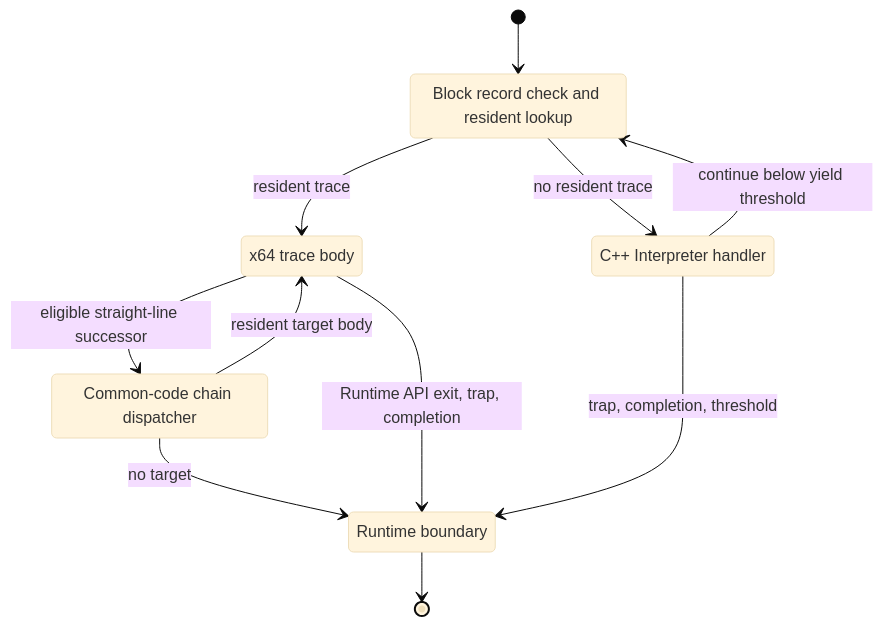
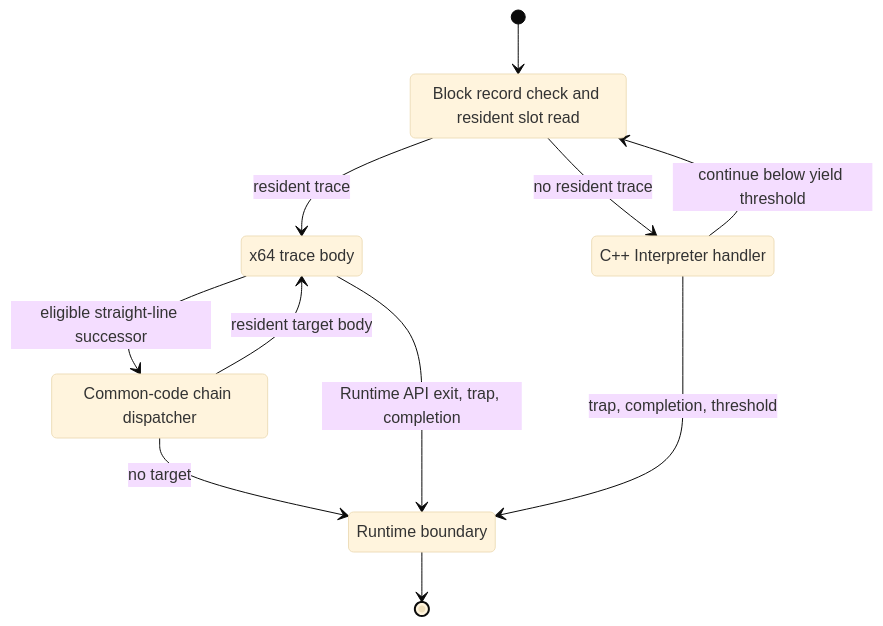
Before and after one commit to kmt-t/fireball: the third of 4 diagrams in docs/components/tier3_plugins/jit_compiler.md, drawn with Mermaid (base theme). The commit also changed other lines of this file and 9 other files, not shown here.

First line of the commit message:
docs(jit): describe the trace header read by the slot table, not a lookup

````diff
--- a/docs/components/tier3_plugins/jit_compiler.md
+++ b/docs/components/tier3_plugins/jit_compiler.md
@@ -298,19 +298,19 @@
 ```mermaid
 stateDiagram-v2
-    state "Block record check and resident lookup" as Lookup
+    state "Block record check and resident slot read" as Lookup
     state "x64 trace body" as Trace
     state "C++ Interpreter handler" as Handler
     state "Common-code chain dispatcher" as Chain
     state "Runtime boundary" as Boundary
 
     [*] --> Lookup
     Lookup --> Trace: resident trace
     Lookup --> Handler: no resident trace
     Trace --> Chain: eligible straight-line successor
     Chain --> Trace: resident target body
     Chain --> Boundary: no target
     Trace --> Boundary: Runtime API exit, trap, completion
     Handler --> Lookup: continue below yield threshold
     Handler --> Boundary: trap, completion, threshold
     Boundary --> [*]
 ```
````
